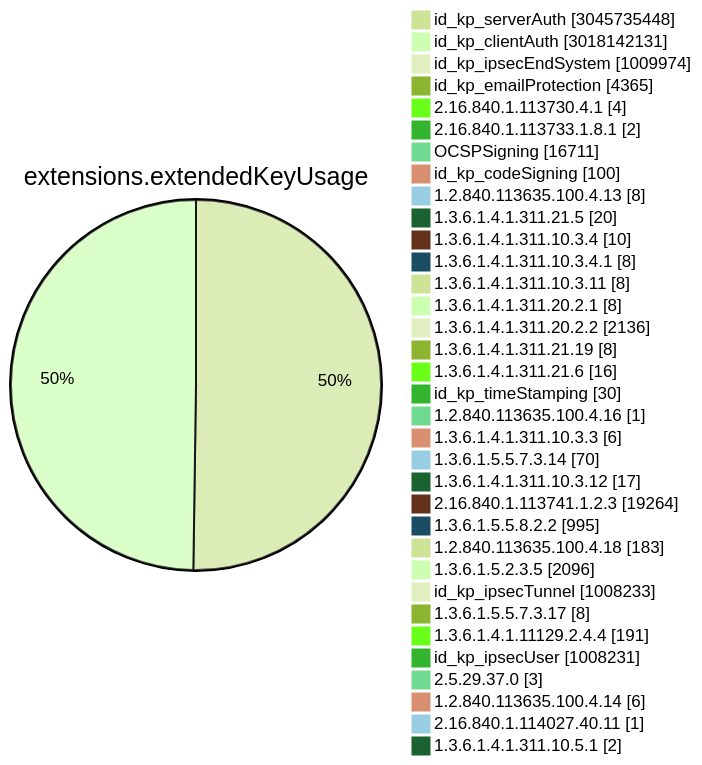
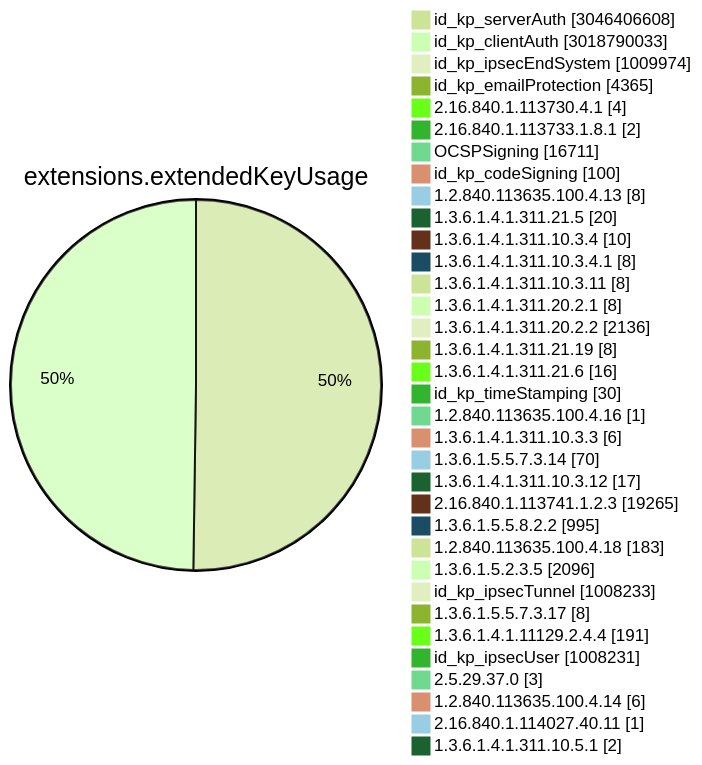
Diagram 11 of 15 in TOTAL/README.md (christiankrug/ctmonitor_visualization), drawn with Mermaid (forest theme) before and after one commit. The commit also changed other lines of this file, not shown here.

````diff
--- a/TOTAL/README.md
+++ b/TOTAL/README.md
@@ -4116,38 +4116,38 @@
 ```mermaid
 pie showData
 title extensions.extendedKeyUsage
-"id_kp_serverAuth" :3045735448
-"id_kp_clientAuth" :3018142131
+"id_kp_serverAuth" :3046406608
+"id_kp_clientAuth" :3018790033
 "id_kp_ipsecEndSystem" :1009974
 "id_kp_emailProtection" :4365
 "2.16.840.1.113730.4.1" :4
 "2.16.840.1.113733.1.8.1" :2
 "OCSPSigning" :16711
 "id_kp_codeSigning" :100
 "1.2.840.113635.100.4.13" :8
 "1.3.6.1.4.1.311.21.5" :20
 "1.3.6.1.4.1.311.10.3.4" :10
 "1.3.6.1.4.1.311.10.3.4.1" :8
 "1.3.6.1.4.1.311.10.3.11" :8
 "1.3.6.1.4.1.311.20.2.1" :8
 "1.3.6.1.4.1.311.20.2.2" :2136
 "1.3.6.1.4.1.311.21.19" :8
 "1.3.6.1.4.1.311.21.6" :16
 "id_kp_timeStamping" :30
 "1.2.840.113635.100.4.16" :1
 "1.3.6.1.4.1.311.10.3.3" :6
 "1.3.6.1.5.5.7.3.14" :70
 "1.3.6.1.4.1.311.10.3.12" :17
-"2.16.840.1.113741.1.2.3" :19264
+"2.16.840.1.113741.1.2.3" :19265
 "1.3.6.1.5.5.8.2.2" :995
 "1.2.840.113635.100.4.18" :183
 "1.3.6.1.5.2.3.5" :2096
 "id_kp_ipsecTunnel" :1008233
 "1.3.6.1.5.5.7.3.17" :8
 "1.3.6.1.4.1.11129.2.4.4" :191
 "id_kp_ipsecUser" :1008231
 "2.5.29.37.0" :3
 "1.2.840.113635.100.4.14" :6
 "2.16.840.1.114027.40.11" :1
 "1.3.6.1.4.1.311.10.5.1" :2
 ```
````
